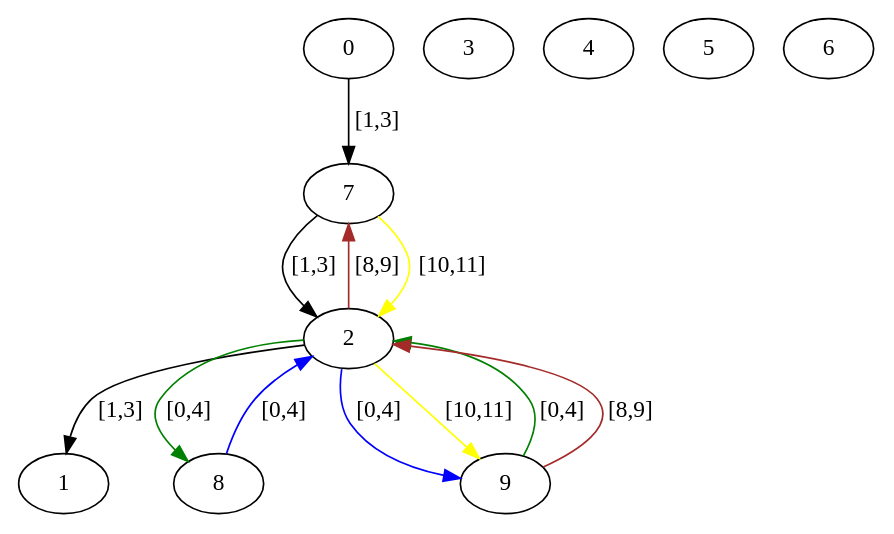
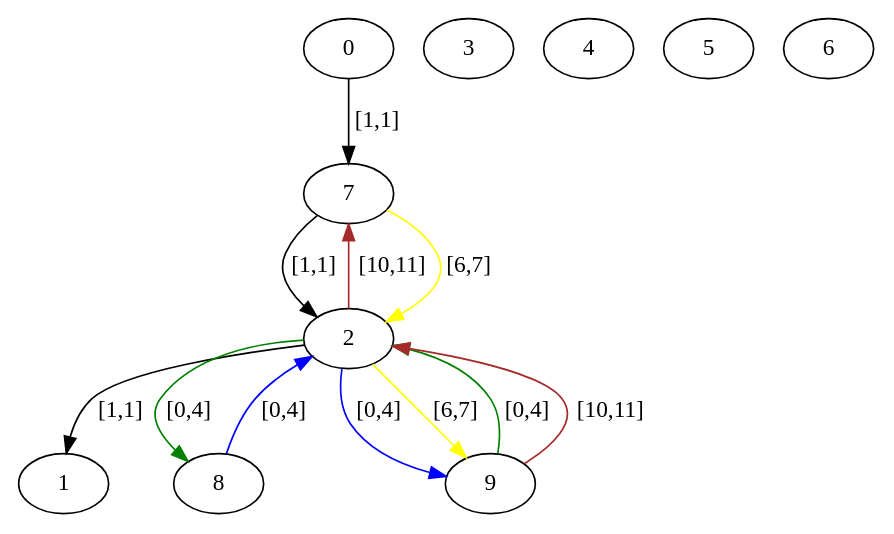
The diagram in src/assignedGraphs/assignedRSA.dot (Hebbe1234/ExpectAll), drawn with Graphviz before and after one commit. The commit also changed 5 other files, not shown here.

```diff
--- a/src/assignedGraphs/assignedRSA.dot
+++ b/src/assignedGraphs/assignedRSA.dot
@@ -1,23 +1,23 @@
 digraph  {
 0 [Internal=1, id=0, label=0];
 1 [Internal=1, id=1, label=1];
 2 [Internal=1, id=2, label=2];
 3 [Internal=1, id=3, label=3];
 4 [Internal=1, id=4, label=4];
 5 [Internal=1, id=5, label=5];
 6 [Internal=1, id=6, label=6];
 7 [Internal=1, id=7, label=7];
 8 [Internal=1, id=8, label=8];
 9 [Internal=1, id=9, label=9];
-0 -> 7  [color=black, key=0, label="[1,3]"];
+0 -> 7  [color=black, key=0, label="[1,1]"];
 2 -> 9  [color=blue, key=0, label="[0,4]"];
-2 -> 9  [color=yellow, key=1, label="[10,11]"];
+2 -> 9  [color=yellow, key=1, label="[6,7]"];
 2 -> 8  [color=green, key=0, label="[0,4]"];
-2 -> 7  [color=brown, key=0, label="[8,9]"];
-2 -> 1  [color=black, key=0, label="[1,3]"];
-7 -> 2  [color=yellow, key=0, label="[10,11]"];
-7 -> 2  [color=black, key=1, label="[1,3]"];
+2 -> 7  [color=brown, key=0, label="[10,11]"];
+2 -> 1  [color=black, key=0, label="[1,1]"];
+7 -> 2  [color=yellow, key=0, label="[6,7]"];
+7 -> 2  [color=black, key=1, label="[1,1]"];
 8 -> 2  [color=blue, key=0, label="[0,4]"];
 9 -> 2  [color=green, key=0, label="[0,4]"];
-9 -> 2  [color=brown, key=1, label="[8,9]"];
+9 -> 2  [color=brown, key=1, label="[10,11]"];
 }
```
